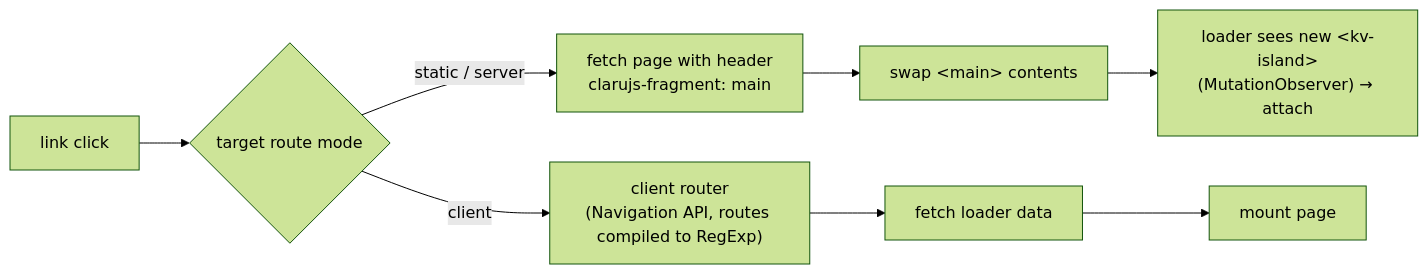
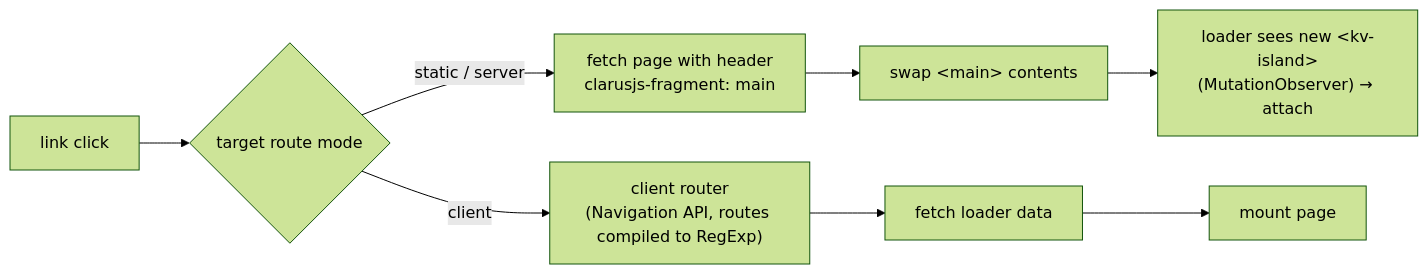
One commit to forinda/clarusjs changed the fifth of 8 diagrams in docs/architecture.md. Above: the diagram before and after it, drawn with Mermaid (forest theme). The commit also changed other lines of this file and 28 other files, not shown here.

````diff
--- a/docs/architecture.md
+++ b/docs/architecture.md
@@ -359,9 +359,9 @@
 ```mermaid
 flowchart LR
   A[link click] --> Q{target route mode}
-  Q -- static / server --> F["fetch page with header<br/>clarujs-fragment: main"]
+  Q -- static / server --> F["fetch page with header<br/>clarusjs-fragment: main"]
   F --> SW["swap &lt;main&gt; contents"]
   SW --> AT["loader sees new &lt;kv-island&gt;<br/>(MutationObserver) → attach"]
   Q -- client --> RT["client router<br/>(Navigation API, routes compiled to RegExp)"]
   RT --> LD["fetch loader data"] --> MT["mount page"]
 ```
````
